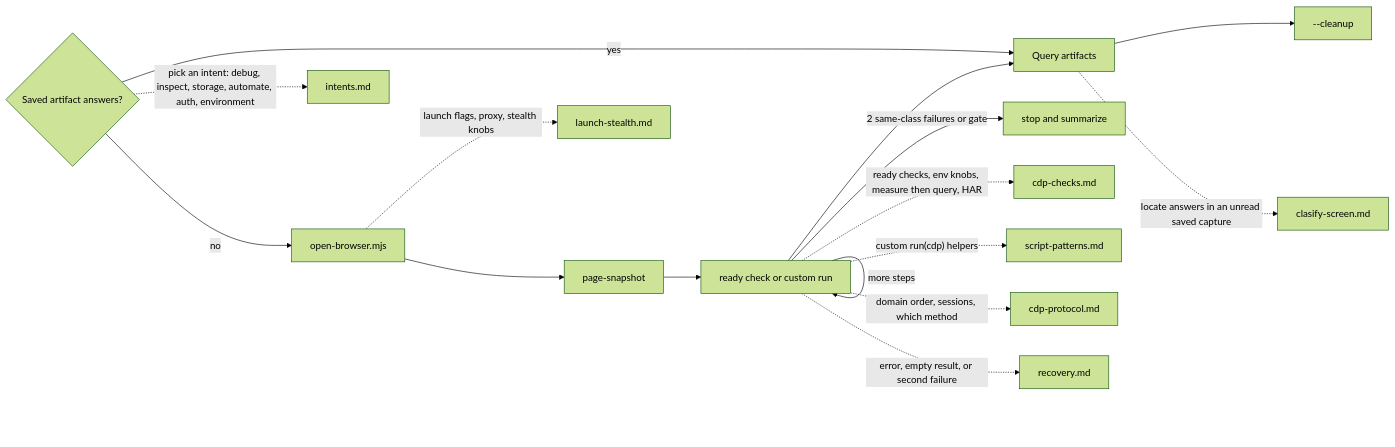
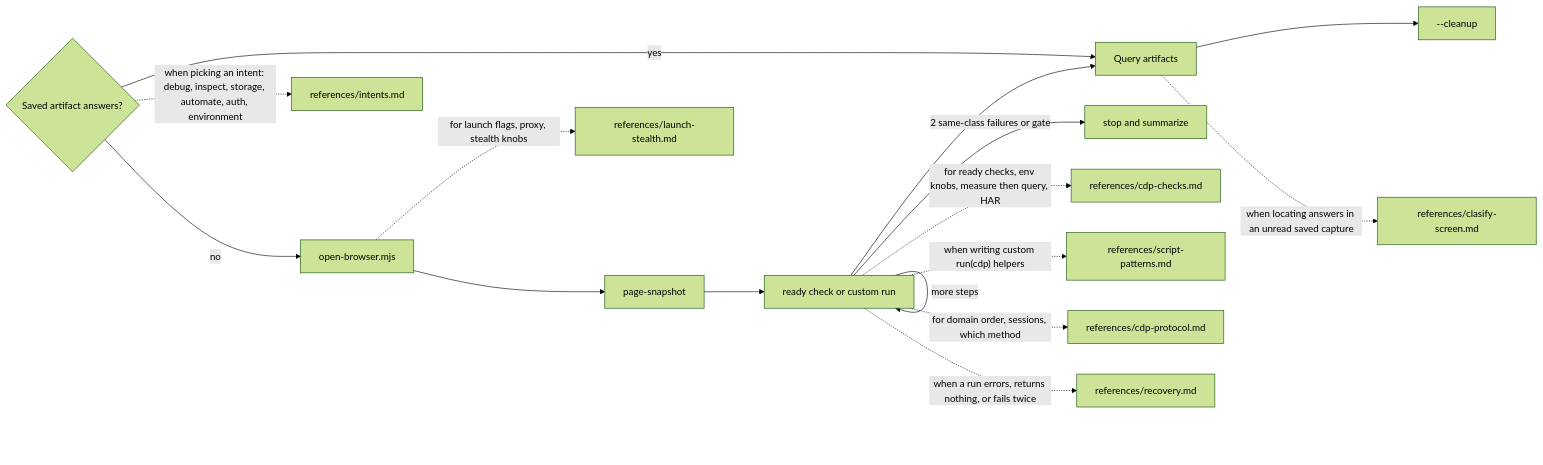
The diagram in skills/octocode-chrome-devtools/SKILL.md (bgauryy/octocode), drawn with Mermaid (forest theme) before and after one commit. The commit also changed other lines of this file and 374 other files, not shown here.

````diff
--- a/skills/octocode-chrome-devtools/SKILL.md
+++ b/skills/octocode-chrome-devtools/SKILL.md
@@ -16,18 +13,18 @@
 ```mermaid
 flowchart LR
     A{"Saved artifact answers?"} -- "yes" --> Q["Query artifacts"]
     A -- "no" --> O["open-browser.mjs"]
     O --> S["page-snapshot"]
     S --> C["ready check or custom run"]
     C -- "more steps" --> C
     C --> Q
     C -- "2 same-class failures or gate" --> ST["stop and summarize"]
     Q --> X["--cleanup"]
-    A -. "pick an intent: debug, inspect, storage, automate, auth, environment" .-> IN["intents.md"]
-    O -. "launch flags, proxy, stealth knobs" .-> LS["launch-stealth.md"]
-    C -. "ready checks, env knobs, measure then query, HAR" .-> CC["cdp-checks.md"]
-    C -. "custom run(cdp) helpers" .-> SP["script-patterns.md"]
-    C -. "domain order, sessions, which method" .-> CP["cdp-protocol.md"]
-    C -. "error, empty result, or second failure" .-> RC["recovery.md"]
-    Q -. "locate answers in an unread saved capture" .-> CS["clasify-screen.md"]
+    A -. "when picking an intent: debug, inspect, storage, automate, auth, environment" .-> IN["references/intents.md"]
+    O -. "for launch flags, proxy, stealth knobs" .-> LS["references/launch-stealth.md"]
+    C -. "for ready checks, env knobs, measure then query, HAR" .-> CC["references/cdp-checks.md"]
+    C -. "when writing custom run(cdp) helpers" .-> SP["references/script-patterns.md"]
+    C -. "for domain order, sessions, which method" .-> CP["references/cdp-protocol.md"]
+    C -. "when a run errors, returns nothing, or fails twice" .-> RC["references/recovery.md"]
+    Q -. "when locating answers in an unread saved capture" .-> CS["references/clasify-screen.md"]
 ```
````
